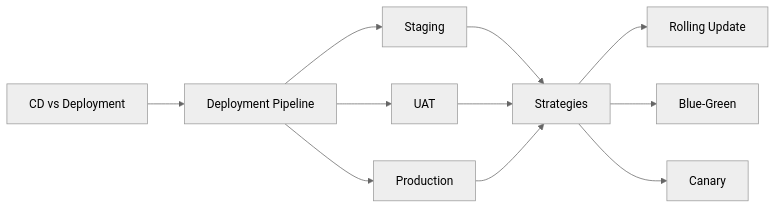
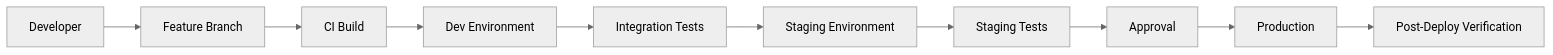
The fourth of 4 diagrams in docs/courses/devops/09-continuous-delivery.md (Raushan666java/ai-engineering-journey), drawn with Mermaid (neutral theme) before and after one commit. The commit also changed other lines of this file and 62 other files, not shown here.

````diff
--- a/docs/courses/devops/09-continuous-delivery.md
+++ b/docs/courses/devops/09-continuous-delivery.md
@@ -32,11 +171,12 @@
 ```mermaid
 flowchart LR
-    A[CD vs Deployment] --> B[Deployment Pipeline]
-    B --> C[Staging]
-    B --> D[UAT]
-    B --> E[Production]
-    C & D & E --> F[Strategies]
-    F --> G[Rolling Update]
-    F --> H[Blue-Green]
-    F --> I[Canary]
+    A[Developer] --> B[Feature Branch]
+    B --> C[CI Build]
+    C --> D[Dev Environment]
+    D --> E[Integration Tests]
+    E --> F[Staging Environment]
+    F --> G[Staging Tests]
+    G --> H[Approval]
+    H --> I[Production]
+    I --> J[Post-Deploy Verification]
 ```
````
